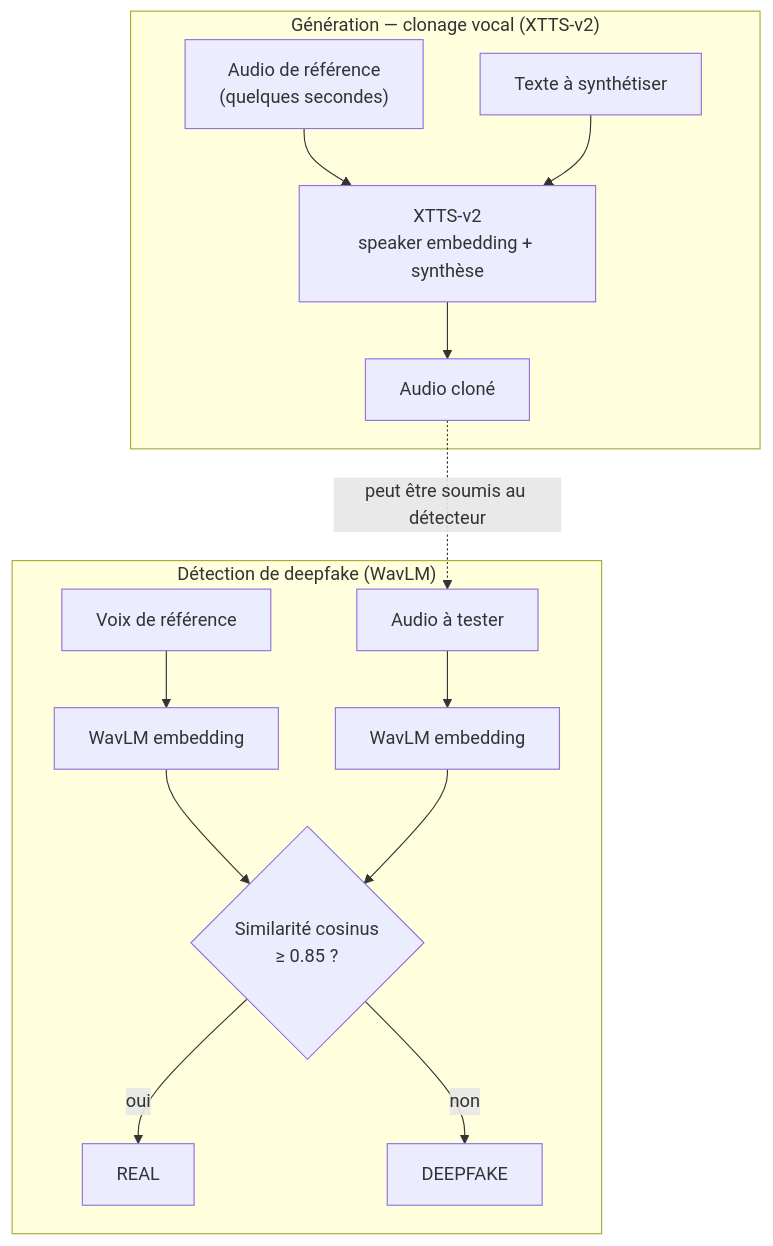
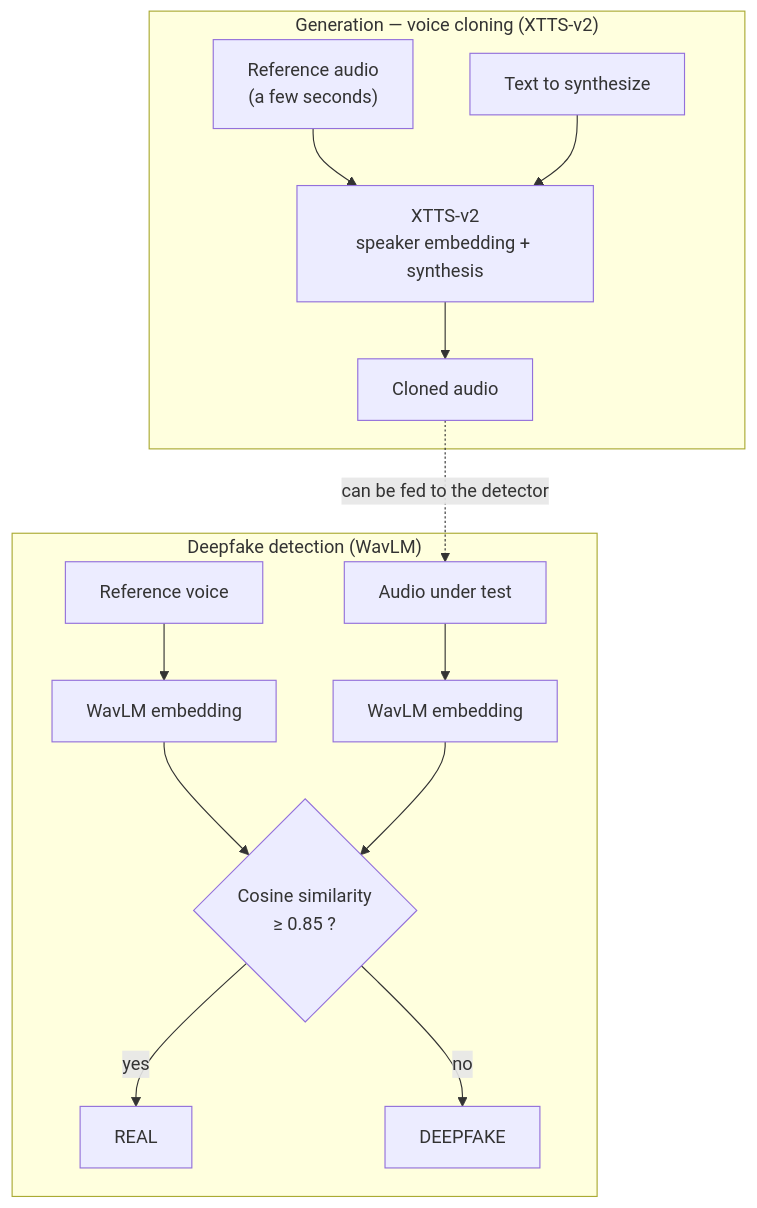
The diagram in README.md (douaekarachi-sys/VoxGuard), drawn with Mermaid before and after one commit. The commit also changed other lines of this file, not shown here.

````diff
--- a/README.md
+++ b/README.md
@@ -24,30 +22,30 @@
 ```mermaid
 flowchart TB
-    subgraph GEN["Génération — clonage vocal (XTTS-v2)"]
-        REF["Audio de référence<br/>(quelques secondes)"]
-        TXT["Texte à synthétiser"]
-        XTTS["XTTS-v2<br/>speaker embedding + synthèse"]
-        FAKE["Audio cloné"]
+    subgraph GEN["Generation — voice cloning (XTTS-v2)"]
+        REF["Reference audio<br/>(a few seconds)"]
+        TXT["Text to synthesize"]
+        XTTS["XTTS-v2<br/>speaker embedding + synthesis"]
+        FAKE["Cloned audio"]
         REF --> XTTS
         TXT --> XTTS
         XTTS --> FAKE
     end
 
-    subgraph DET["Détection de deepfake (WavLM)"]
-        R2["Voix de référence"]
-        TEST["Audio à tester"]
+    subgraph DET["Deepfake detection (WavLM)"]
+        R2["Reference voice"]
+        TEST["Audio under test"]
         E1["WavLM embedding"]
         E2["WavLM embedding"]
-        COS{"Similarité cosinus<br/>≥ 0.85 ?"}
+        COS{"Cosine similarity<br/>≥ 0.85 ?"}
         REAL["REAL"]
         DEEP["DEEPFAKE"]
         R2 --> E1
         TEST --> E2
         E1 --> COS
         E2 --> COS
-        COS -->|"oui"| REAL
-        COS -->|"non"| DEEP
+        COS -->|"yes"| REAL
+        COS -->|"no"| DEEP
     end
 
-    FAKE -.->|"peut être soumis au détecteur"| TEST
+    FAKE -.->|"can be fed to the detector"| TEST
 ```
````
